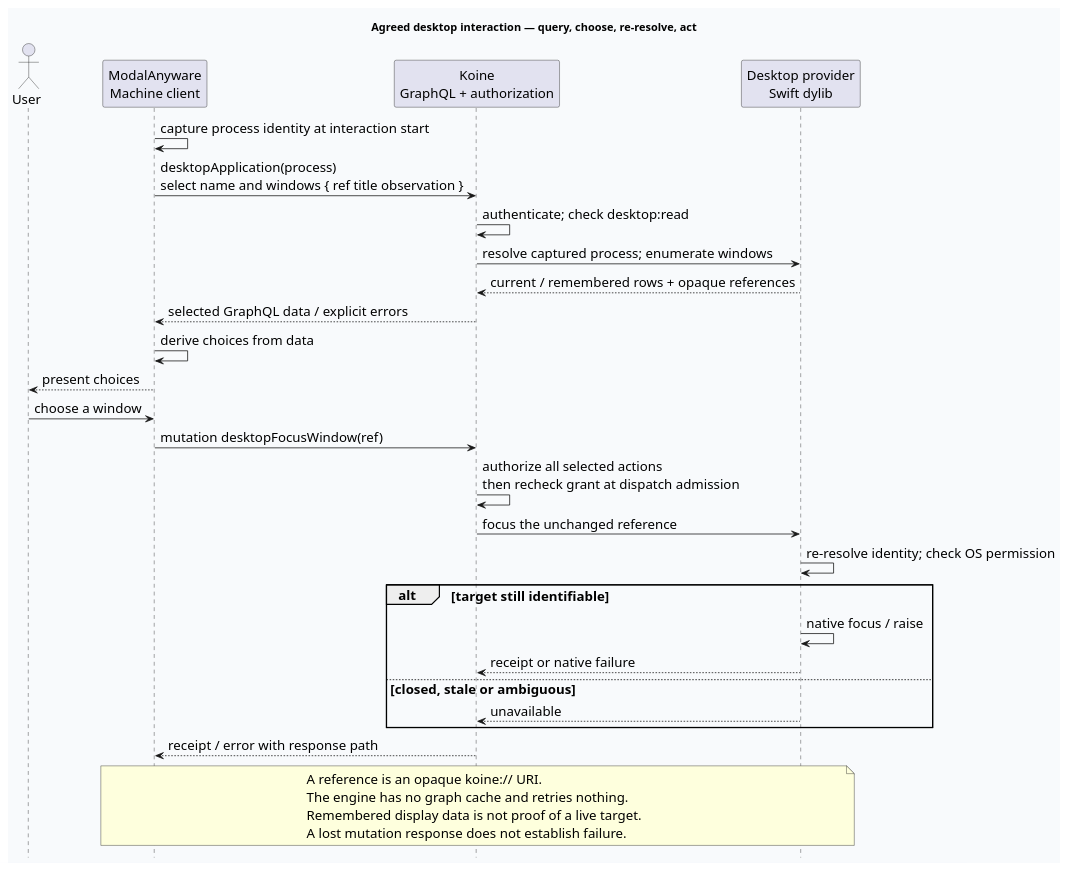
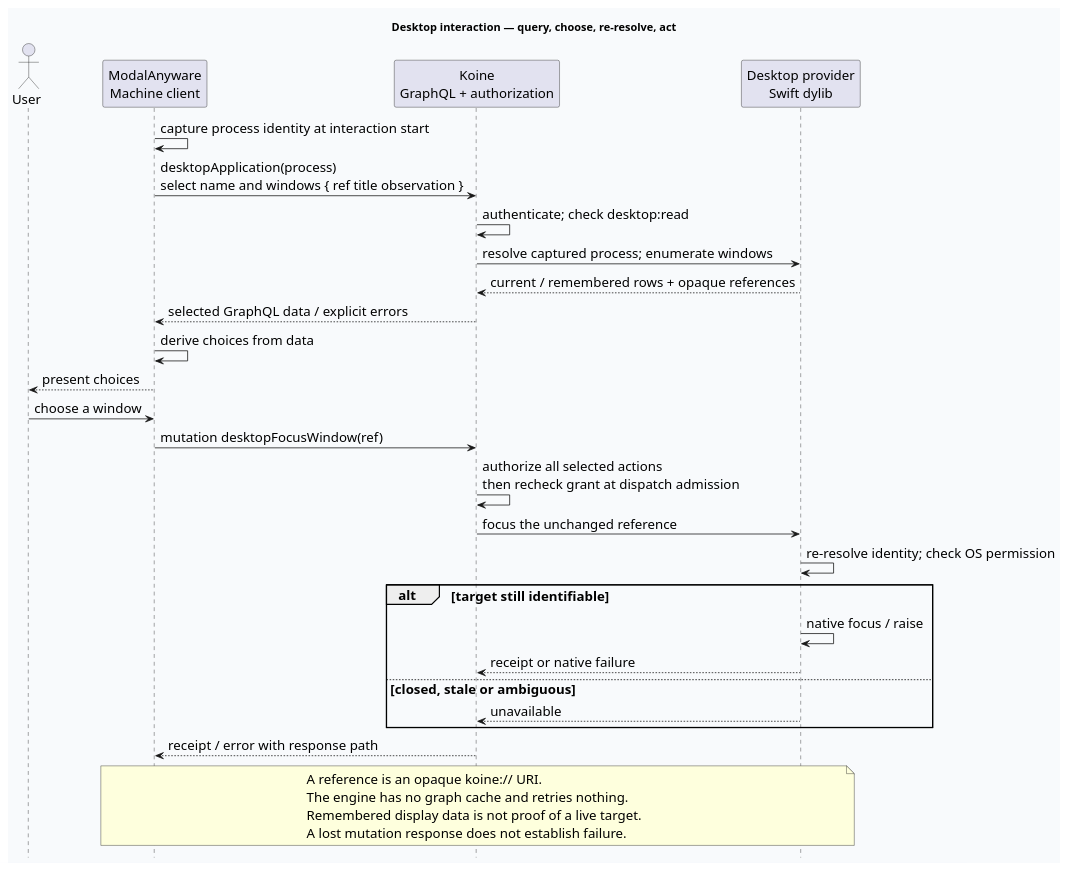
The diagram in docs/design/architecture/addressing.puml (Linkuistics/Koine), drawn with PlantUML before and after one commit. The commit also changed 48 other files, not shown here.

```diff
--- a/docs/design/architecture/addressing.puml
+++ b/docs/design/architecture/addressing.puml
@@ -1,38 +1,38 @@
 @startuml addressing
 skinparam backgroundColor #F8FAFC
 skinparam defaultFontName Helvetica
 skinparam defaultFontSize 17
 skinparam shadowing false
 hide footbox
-title Agreed desktop interaction — query, choose, re-resolve, act
+title Desktop interaction — query, choose, re-resolve, act
 actor User
 participant "ModalAnyware\nMachine client" as Client
 participant "Koine\nGraphQL + authorization" as Koine
 participant "Desktop provider\nSwift dylib" as Desktop
 Client -> Client: capture process identity at interaction start
 Client -> Koine: desktopApplication(process)\nselect name and windows { ref title observation }
 Koine -> Koine: authenticate; check desktop:read
 Koine -> Desktop: resolve captured process; enumerate windows
 Desktop --> Koine: current / remembered rows + opaque references
 Koine --> Client: selected GraphQL data / explicit errors
 Client -> Client: derive choices from data
 Client --> User: present choices
 User -> Client: choose a window
 Client -> Koine: mutation desktopFocusWindow(ref)
 Koine -> Koine: authorize all selected actions\nthen recheck grant at dispatch admission
 Koine -> Desktop: focus the unchanged reference
 Desktop -> Desktop: re-resolve identity; check OS permission
 alt target still identifiable
 Desktop -> Desktop: native focus / raise
 Desktop --> Koine: receipt or native failure
 else closed, stale or ambiguous
 Desktop --> Koine: unavailable
 end
 Koine --> Client: receipt / error with response path
 note over Client,Desktop
 A reference is an opaque koine:// URI.
 The engine has no graph cache and retries nothing.
 Remembered display data is not proof of a live target.
 A lost mutation response does not establish failure.
 end note
 @enduml
```
